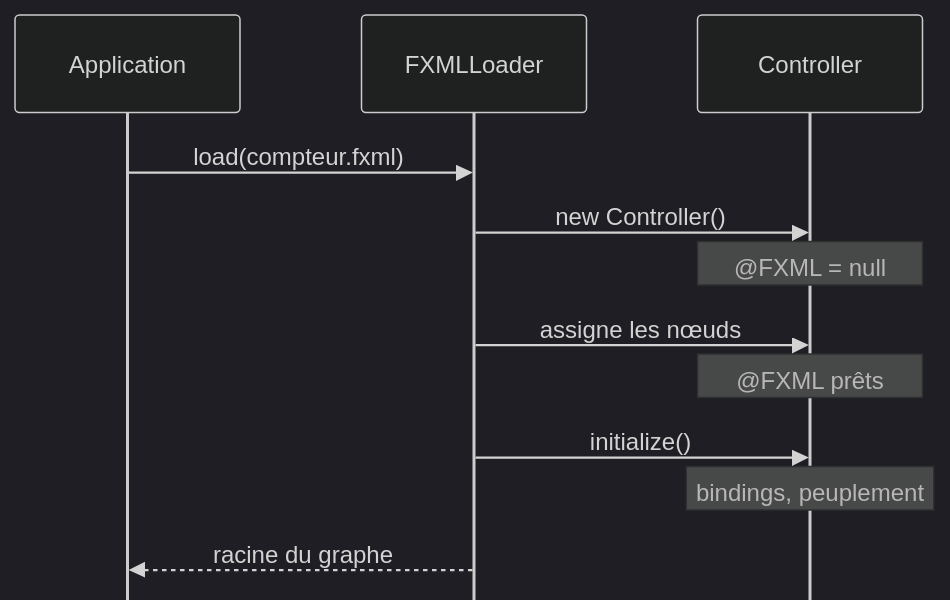
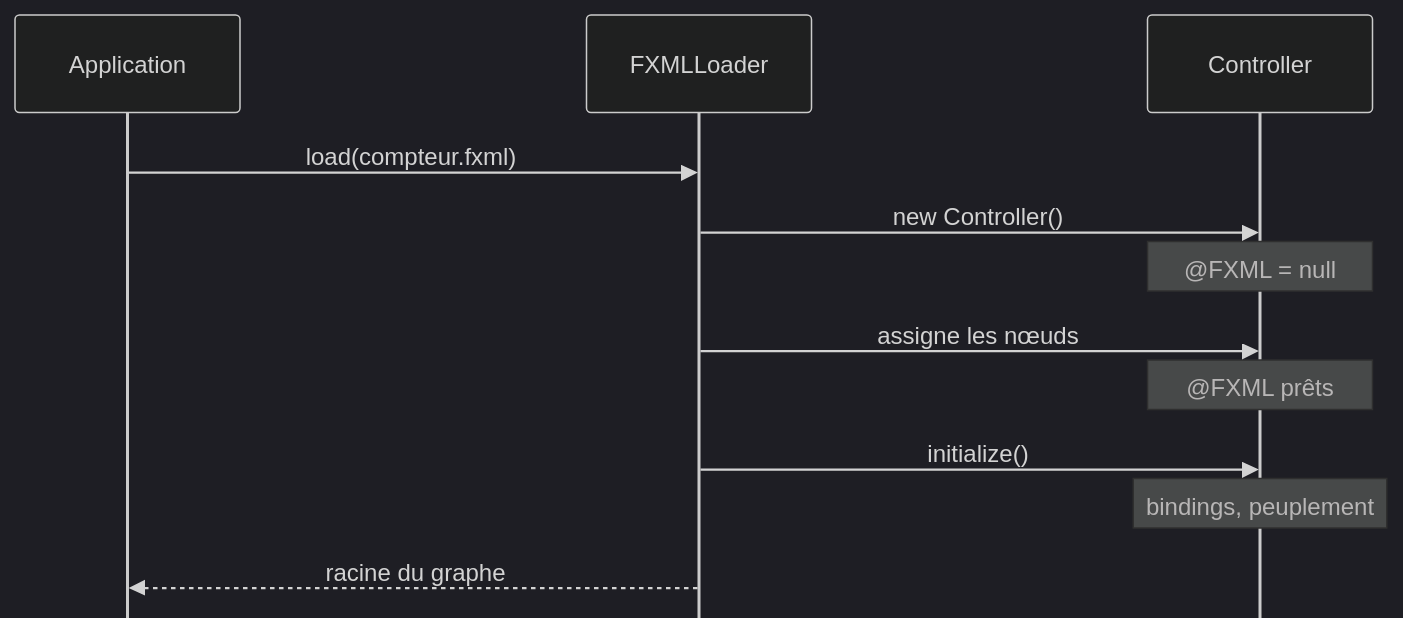
The diagram in scripts/kroki-sources/cm3-fxml-cycle-vie.mmd (IUTInfoAix-R202/cours), drawn with Mermaid (dark theme) before and after one commit. The commit also changed 2 other files, not shown here.

Commit message:
style(cm3): élargit le diagramme cycle de vie (actorMargin 220, width 100%)

```diff
--- a/scripts/kroki-sources/cm3-fxml-cycle-vie.mmd
+++ b/scripts/kroki-sources/cm3-fxml-cycle-vie.mmd
@@ -1,13 +1,13 @@
-%%{init: {'sequence': {'messageFontSize': 15, 'actorFontSize': 15, 'noteFontSize': 14, 'messageMargin': 26, 'boxMargin': 6, 'boxTextMargin': 4, 'noteMargin': 6, 'actorMargin': 70, 'mirrorActors': false, 'wrap': false}}}%%
+%%{init: {'sequence': {'messageFontSize': 16, 'actorFontSize': 16, 'noteFontSize': 15, 'messageMargin': 30, 'boxMargin': 6, 'boxTextMargin': 4, 'noteMargin': 8, 'actorMargin': 220, 'mirrorActors': false, 'wrap': false}}}%%
 sequenceDiagram
     participant App as Application
     participant FL as FXMLLoader
     participant C as Controller
     App->>FL: load(compteur.fxml)
     FL->>C: new Controller()
     Note over C: @FXML = null
     FL->>C: assigne les nœuds
     Note over C: @FXML prêts
     FL->>C: initialize()
     Note over C: bindings, peuplement
     FL-->>App: racine du graphe
```
